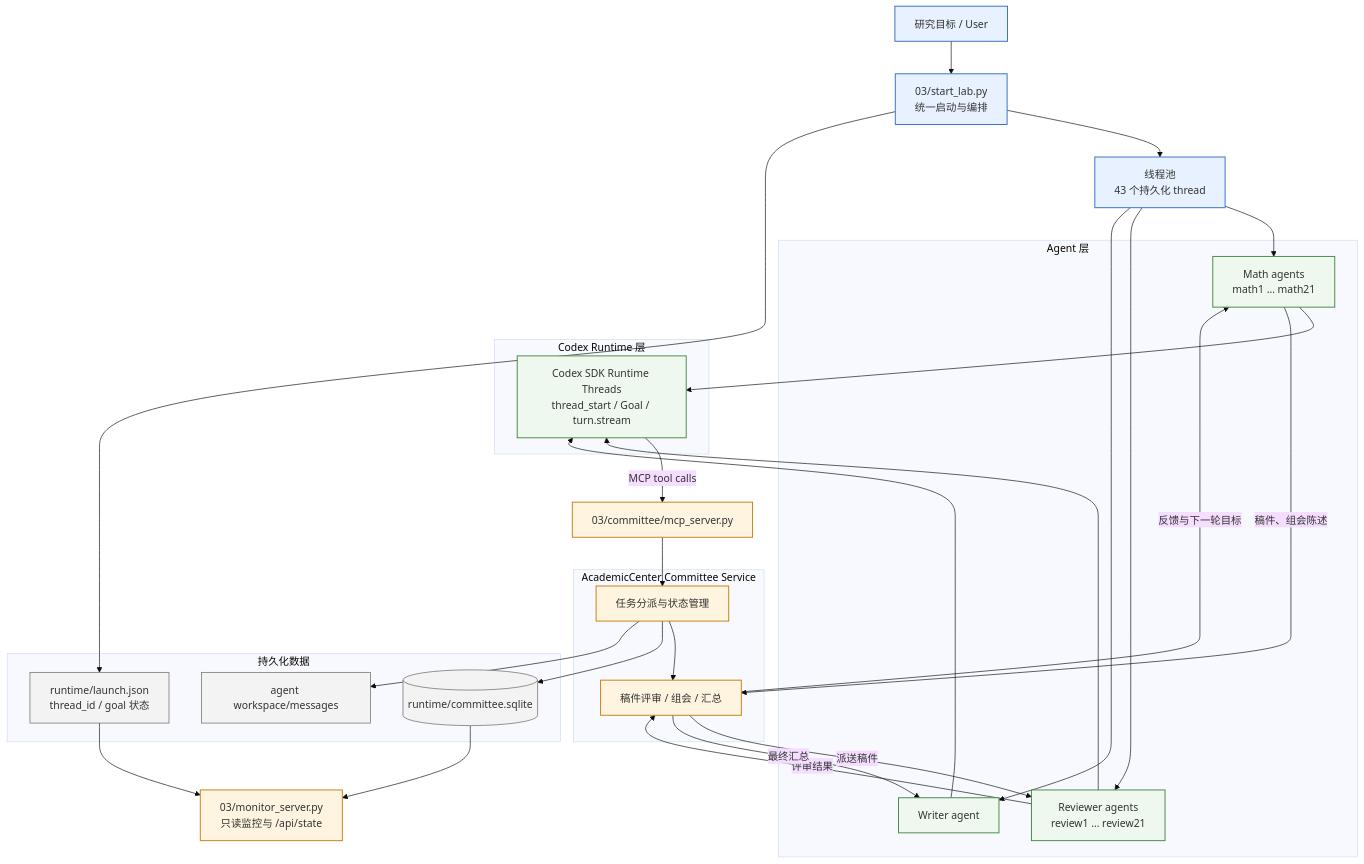
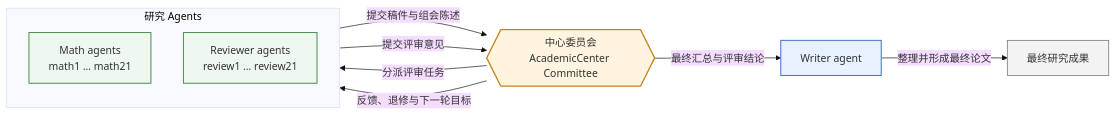
Before and after one commit to pillow0705/26springFu_research: the diagram in 03/slide.md, drawn with Mermaid (base theme).

Commit message:
Simplify committee relationship diagram

````diff
--- a/03/slide.md
+++ b/03/slide.md
@@ -44,56 +44,28 @@
 ```mermaid
-flowchart TB
-    U[研究目标 / User] --> L[03/start_lab.py<br/>统一启动与编排]
-    L --> P[线程池<br/>43 个持久化 thread]
-
-    subgraph AGENTS[Agent 层]
+flowchart LR
+    subgraph AGENTS[研究 Agents]
+        direction TB
         M[Math agents<br/>math1 … math21]
         R[Reviewer agents<br/>review1 … review21]
-        W[Writer agent]
     end
-    P --> M
-    P --> R
-    P --> W
 
-    subgraph RUNTIME[Codex Runtime 层]
-        T[Codex SDK Runtime Threads<br/>thread_start / Goal / turn.stream]
-    end
-    M --> T
-    R --> T
-    W --> T
+    C{{中心委员会<br/>AcademicCenter Committee}}
+    W[Writer agent]
+    O[最终研究成果]
 
-    T -->|MCP tool calls| MCP[03/committee/mcp_server.py]
+    M -->|提交稿件与组会陈述| C
+    C -->|分派评审任务| R
+    R -->|提交评审意见| C
+    C -->|反馈、退修与下一轮目标| M
+    C -->|最终汇总与评审结论| W
+    W -->|整理并形成最终论文| O
 
-    subgraph COMMITTEE[AcademicCenter Committee Service]
-        C[任务分派与状态管理]
-        WF[稿件评审 / 组会 / 汇总]
-    end
-    MCP --> C
-    C --> WF
-    WF -->|派送稿件| R
-    R -->|评审结果| WF
-    WF -->|反馈与下一轮目标| M
-    M -->|稿件、组会陈述| WF
-    WF -->|最终汇总| W
-
-    subgraph DATA[持久化数据]
-        DB[(runtime/committee.sqlite)]
-        MSG[agent workspace/messages]
-        LAUNCH[runtime/launch.json<br/>thread_id / goal 状态]
-    end
-    C --> DB
-    C --> MSG
-    L --> LAUNCH
-
-    LAUNCH --> MON[03/monitor_server.py<br/>只读监控与 /api/state]
-    DB --> MON
-
-    classDef entry fill:#e8f1ff,stroke:#3973c6,stroke-width:1.5px;
     classDef agent fill:#eef8ee,stroke:#4b8b4b,stroke-width:1.5px;
-    classDef service fill:#fff4df,stroke:#c78316,stroke-width:1.5px;
-    classDef data fill:#f3f3f3,stroke:#777,stroke-width:1.2px;
-    class U,L,P entry;
-    class M,R,W,T agent;
-    class MCP,C,WF,MON service;
-    class DB,MSG,LAUNCH data;
+    classDef committee fill:#fff4df,stroke:#c78316,stroke-width:2px;
+    classDef writer fill:#e8f1ff,stroke:#3973c6,stroke-width:1.5px;
+    classDef output fill:#f3f3f3,stroke:#777,stroke-width:1.2px;
+    class M,R agent;
+    class C committee;
+    class W writer;
+    class O output;
 ```
````
